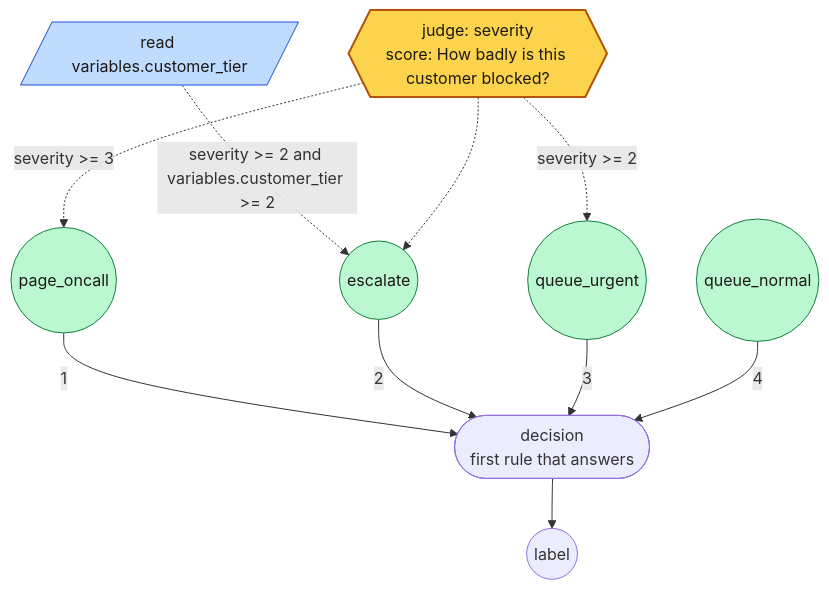
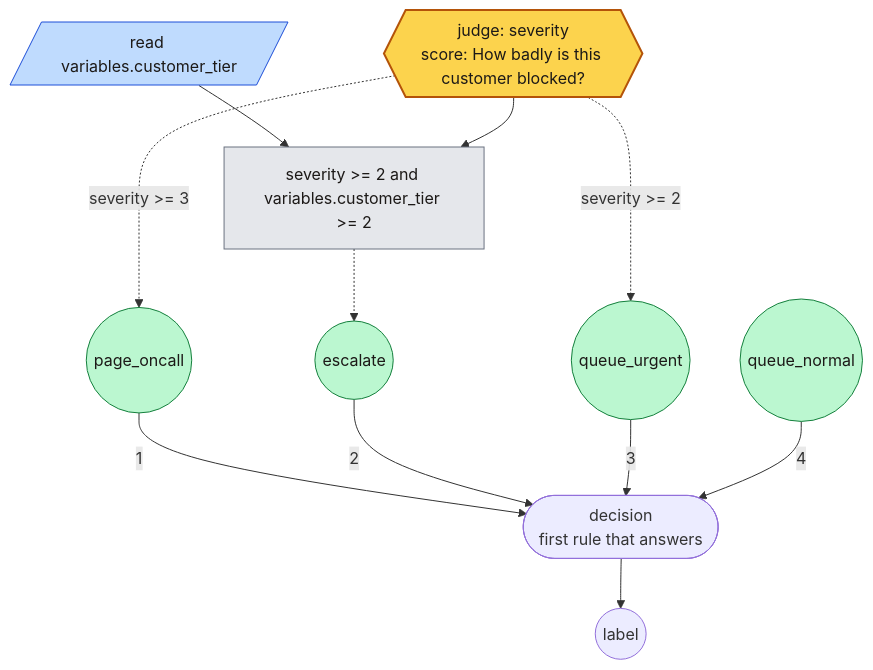
One commit to MCERQUA/rulesmith changed the fifth of 8 diagrams in README.md. Above: the diagram before and after it, drawn with Mermaid. The commit also changed other lines of this file and 2 other files, not shown here.

First line of the commit message:
Draw a condition over several values as a box fed by each of them

````diff
--- a/README.md
+++ b/README.md
@@ -679,26 +683,30 @@
 ```mermaid
 flowchart TD
     n0[/"read variables.customer_tier"/]
     n1{{"judge: severity<br/>score: How badly is this customer blocked?"}}
     n2(("page_oncall"))
     n3(("escalate"))
     n4(("queue_urgent"))
     n5(("queue_normal"))
     n6(["decision<br/>first rule that answers"])
     n1 -.->|"severity >= 3"| n2
-    n0 -.->|"severity >= 2 and variables.customer_tier >= 2"| n3
-    n1 -.-> n3
+    c0["severity >= 2 and variables.customer_tier >= 2"]
+    n0 --> c0
+    n1 --> c0
+    c0 -.-> n3
     n1 -.->|"severity >= 2"| n4
     n2 -->|"1"| n6
     n3 -->|"2"| n6
     n4 -->|"3"| n6
     n5 -->|"4"| n6
     o0(("label"))
     n6 --> o0
     classDef judge fill:#fcd34d,stroke:#b45309,stroke-width:2px,color:#1c1917
     class n1 judge
     classDef read fill:#bfdbfe,stroke:#1d4ed8,color:#1c1917
     class n0 read
     classDef rule fill:#bbf7d0,stroke:#15803d,color:#1c1917
     class n2,n3,n4,n5 rule
+    classDef condition fill:#e5e7eb,stroke:#6b7280,color:#1c1917
+    class c0 condition
 ```
````
